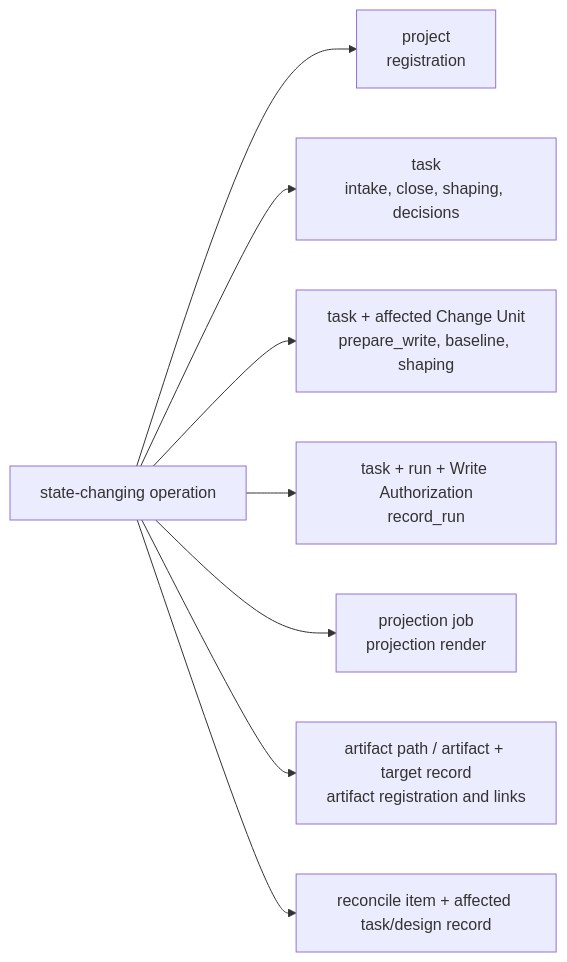
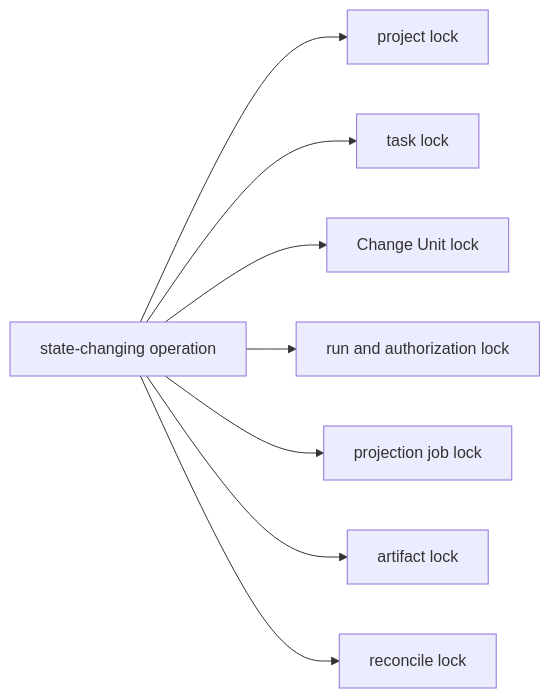
The second of 9 diagrams in docs/en/reference/storage-and-ddl.md (minjungw00/Harness_Project), drawn with Mermaid before and after one commit. The commit also changed other lines of this file and 20 other files, not shown here.

Commit message:
docs: refresh diagrams for staged authority model

````diff
--- a/docs/en/reference/storage-and-ddl.md
+++ b/docs/en/reference/storage-and-ddl.md
@@ -1132,19 +1132,19 @@
 ```mermaid
 flowchart LR
   Operation["state-changing operation"]
-  Project["project<br/>registration"]
-  Task["task<br/>intake, close, shaping, decisions"]
-  ChangeUnit["task + affected Change Unit<br/>prepare_write, baseline, shaping"]
-  Run["task + run + Write Authorization<br/>record_run"]
-  Projection["projection job<br/>projection render"]
-  Artifact["artifact path / artifact + target record<br/>artifact registration and links"]
-  Reconcile["reconcile item + affected task/design record"]
+  Project["project lock"]
+  Task["task lock"]
+  ChangeUnit["Change Unit lock"]
+  Run["run and authorization lock"]
+  Projection["projection job lock"]
+  Artifact["artifact lock"]
+  Reconcile["reconcile lock"]
 
   Operation --> Project
   Operation --> Task
   Operation --> ChangeUnit
   Operation --> Run
   Operation --> Projection
   Operation --> Artifact
   Operation --> Reconcile
 ```
````
